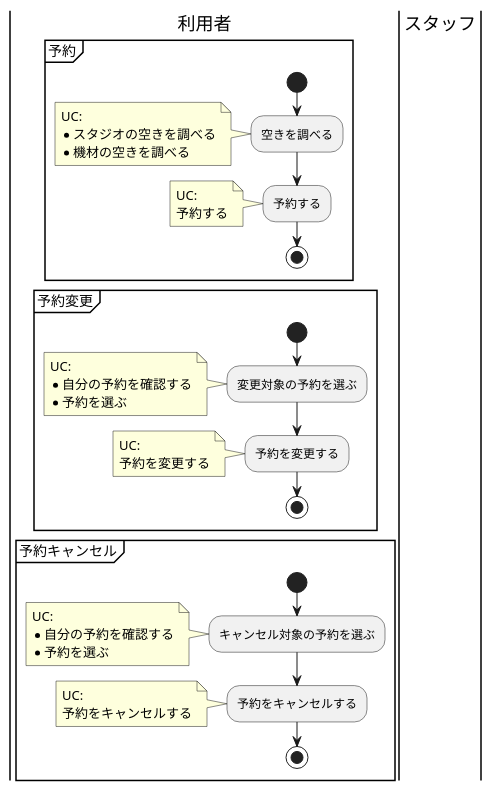
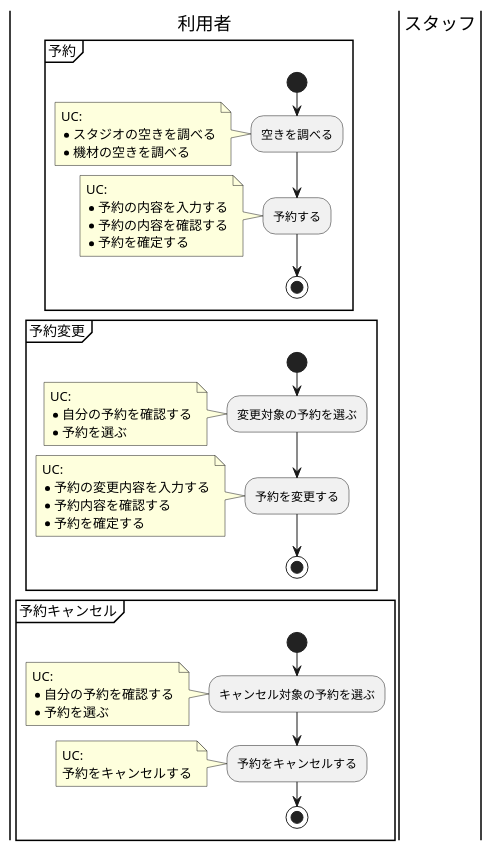
One commit to TakashiOnawa/ddd-practice-studio-reservation changed the diagram in modeling/BusinessFlow_予約_WEB予約.pu. Above: the diagram before and after it, drawn with PlantUML. The commit also changed 24 other files, not shown here.

```diff
--- a/modeling/BusinessFlow_予約_WEB予約.pu
+++ b/modeling/BusinessFlow_予約_WEB予約.pu
@@ -1,61 +1,65 @@
 @startuml BusinessFlow
 
 |利用者|
 partition 予約 {
     start
     :空きを調べる;
     note left
     UC:
     * スタジオの空きを調べる
     * 機材の空きを調べる
     end note
 
     :予約する;
     note left
     UC:
-    予約する
+    * 予約の内容を入力する
+    * 予約の内容を確認する
+    * 予約を確定する
     end note
     stop
 }
 
 
 |利用者|
 partition 予約変更 {
     start
     :変更対象の予約を選ぶ;
     note left
     UC:
     * 自分の予約を確認する
     * 予約を選ぶ
     end note
 
     :予約を変更する;
     note left
     UC:
-    予約を変更する
+    * 予約の変更内容を入力する
+    * 予約内容を確認する
+    * 予約を確定する
     end note
     stop
 }
 
 
 |利用者|
 partition 予約キャンセル {
     start
     :キャンセル対象の予約を選ぶ;
     note left
     UC:
     * 自分の予約を確認する
     * 予約を選ぶ
     end note
 
     :予約をキャンセルする;
     note left
     UC:
     予約をキャンセルする
     end note
     stop
 }
 
 |スタッフ|
 
 @enduml
```
